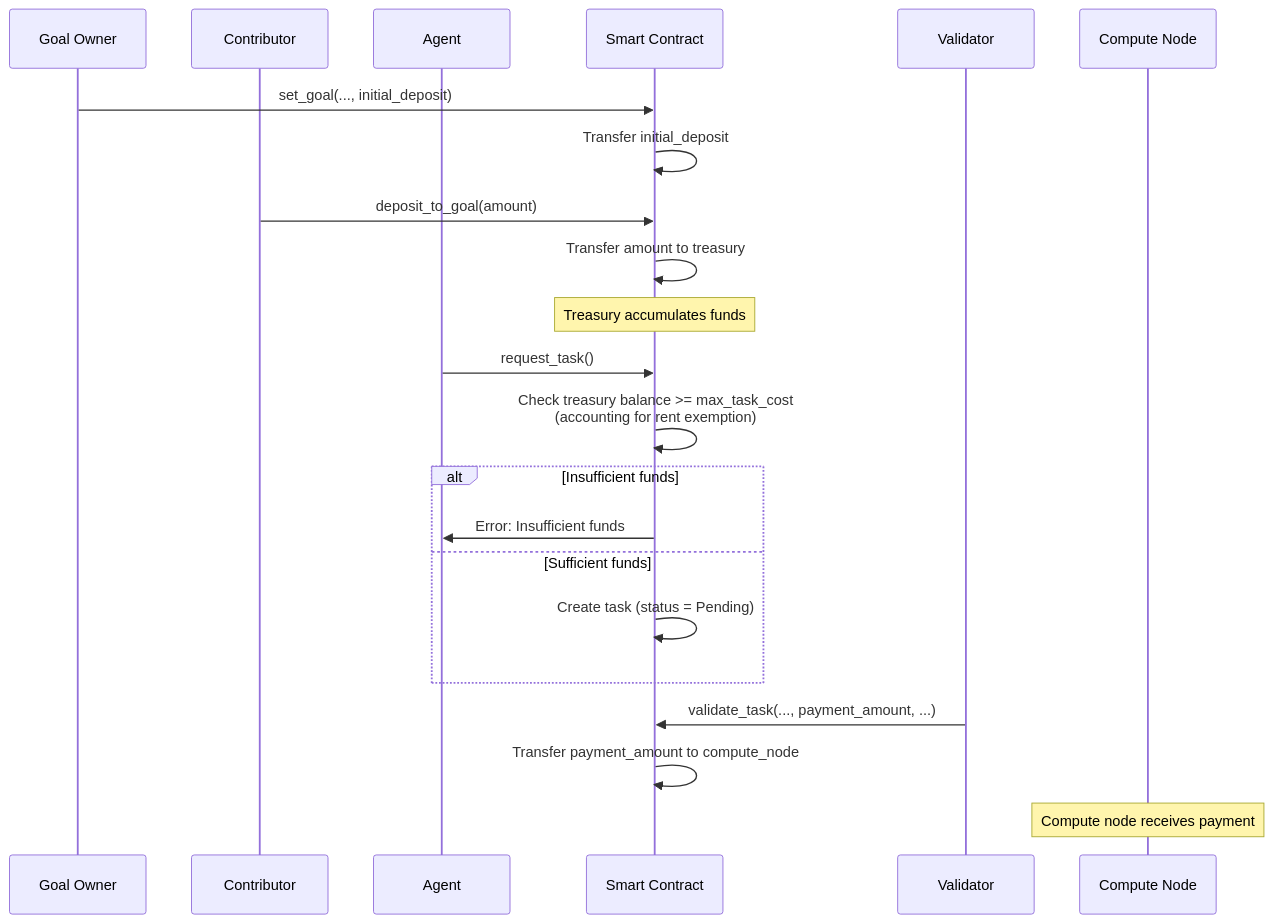
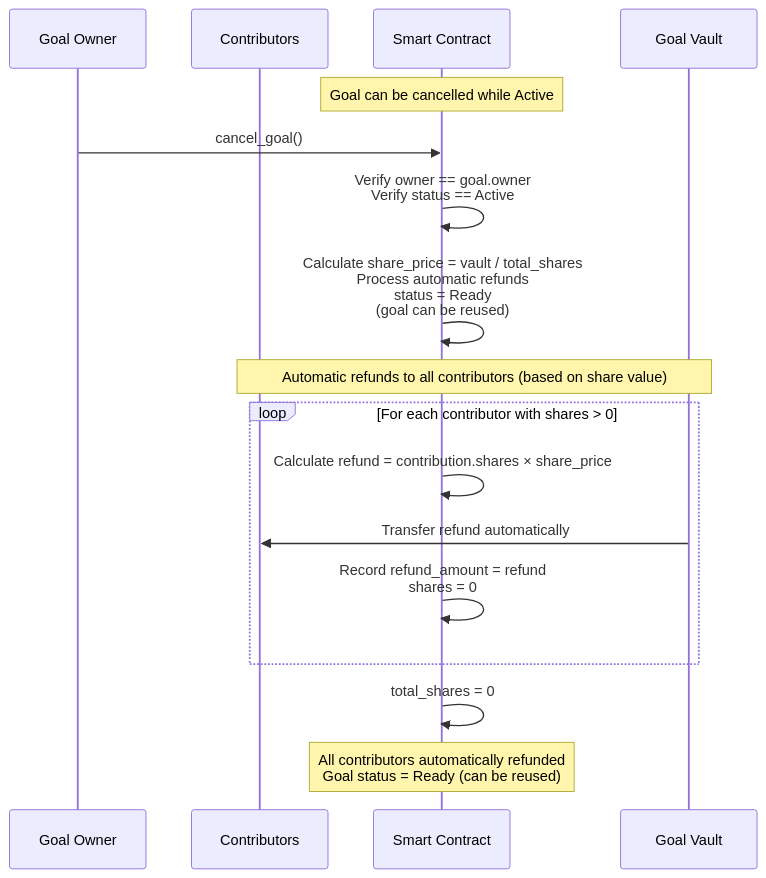
Diagram 13 of 13 in docs/design.md (JorgeCosta87/decentralized-autonomous-computing), drawn with Mermaid before and after one commit. The commit also changed other lines of this file and 55 other files, not shown here.

````diff
--- a/docs/design.md
+++ b/docs/design.md
@@ -483,30 +777,25 @@
 ```mermaid
 sequenceDiagram
     participant Owner as Goal Owner
-    participant Contributor as Contributor
-    participant Agent as Agent
+    participant Contributor as Contributors
     participant DAC as Smart Contract
-    participant VN as Validator
-    participant CN as Compute Node
+    participant Vault as Goal Vault
     
-    Owner->>DAC: set_goal(..., initial_deposit)
-    DAC->>DAC: Transfer initial_deposit
+    Note over DAC: Goal can be cancelled while Active
     
-    Contributor->>DAC: deposit_to_goal(amount)
-    DAC->>DAC: Transfer amount to treasury
+    Owner->>DAC: cancel_goal()
+    DAC->>DAC: Verify owner == goal.owner<br/>Verify status == Active
+    DAC->>DAC: Calculate share_price = vault / total_shares<br/>Process automatic refunds<br/>status = Ready<br/>(goal can be reused)
     
-    Note over DAC: Treasury accumulates funds
+    Note over Contributor,Vault: Automatic refunds to all contributors (based on share value)
     
-    Agent->>DAC: request_task()
-    DAC->>DAC: Check treasury balance >= max_task_cost<br/>(accounting for rent exemption)
-    alt Insufficient funds
-        DAC->>Agent: Error: Insufficient funds
-    else Sufficient funds
-        DAC->>DAC: Create task (status = Pending)
-    end
+        loop For each contributor with shares > 0
+            DAC->>DAC: Calculate refund = contribution.shares × share_price
+            Vault->>Contributor: Transfer refund automatically
+            DAC->>DAC: Record refund_amount = refund<br/>shares = 0
+        end
+        
+        DAC->>DAC: total_shares = 0
     
-    VN->>DAC: validate_task(..., payment_amount, ...)
-    DAC->>DAC: Transfer payment_amount to compute_node
-    
-    Note over CN: Compute node receives payment
+    Note over DAC: All contributors automatically refunded<br/>Goal status = Ready (can be reused)
 ```
````
